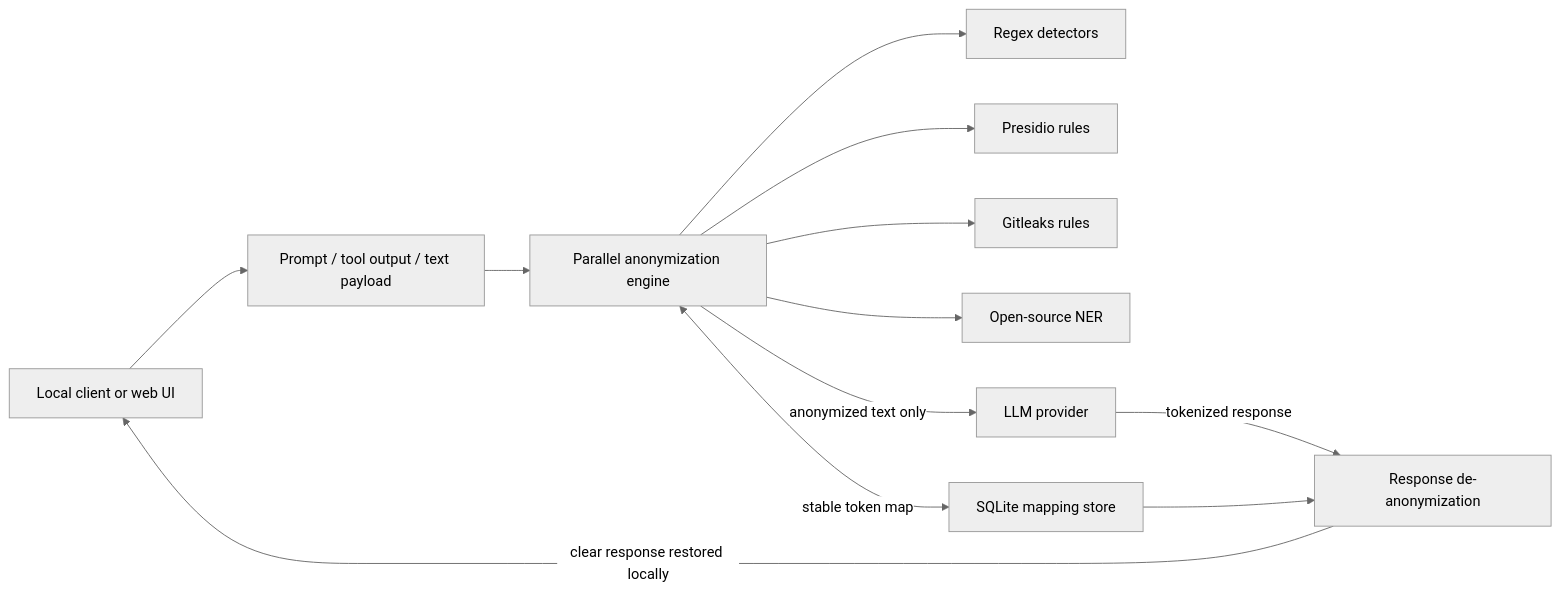
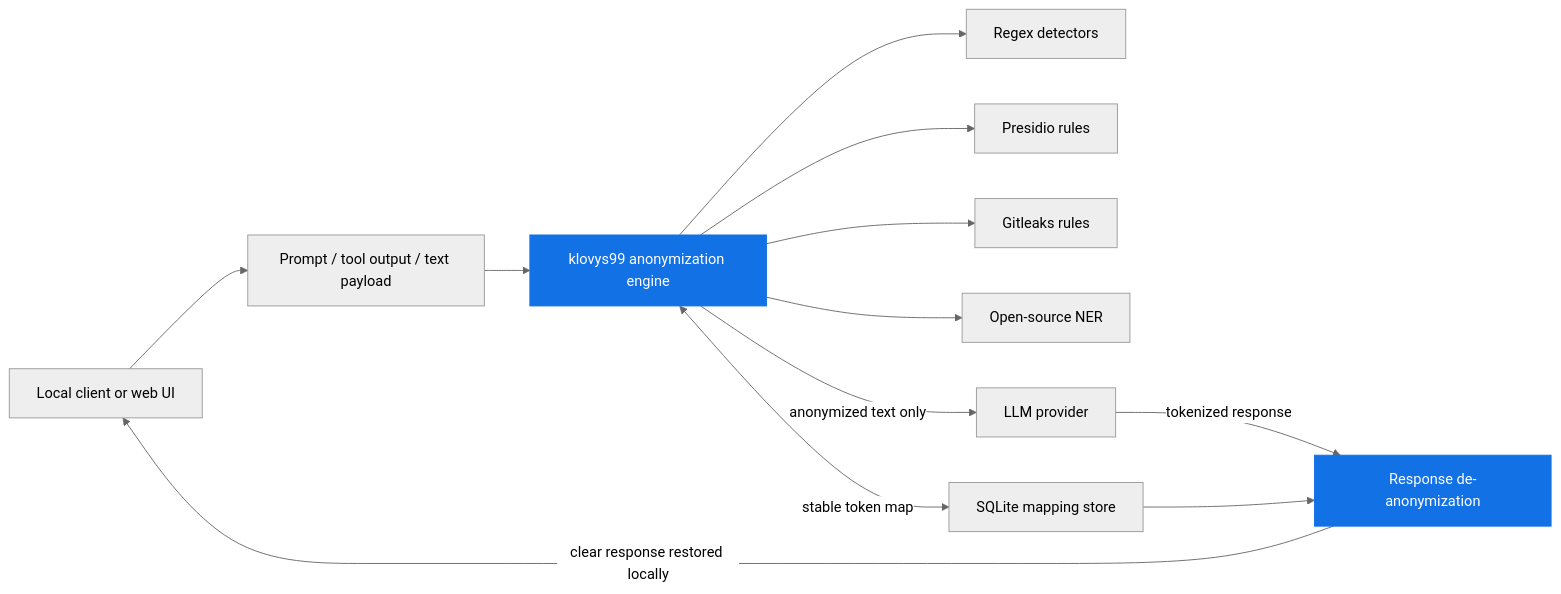
The second of 3 diagrams in README.md (Korbicorp/klovys99), drawn with Mermaid (neutral theme) before and after one commit. The commit also changed other lines of this file, not shown here.

Commit message:
refactor: enhance README for clarity and detail on klovys99 functionality

````diff
--- a/README.md
+++ b/README.md
@@ -44,25 +37,28 @@
 ```mermaid
 flowchart LR
     client["Local client or web UI"]
     input["Prompt / tool output / text payload"]
-    engine["Parallel anonymization engine"]
+    engine["klovys99 anonymization engine"]
     regex["Regex detectors"]
     presidio["Presidio rules"]
     gitleaks["Gitleaks rules"]
     ner["Open-source NER"]
     sqlite["SQLite mapping store"]
     upstream["LLM provider"]
     restore["Response de-anonymization"]
 
     client --> input
     input --> engine
     engine --> regex
     engine --> presidio
     engine --> gitleaks
     engine --> ner
     engine <-->|"stable token map"| sqlite
     engine -->|"anonymized text only"| upstream
     upstream -->|"tokenized response"| restore
     sqlite --> restore
     restore -->|"clear response restored locally"| client
+
+    classDef klovys fill:#1371E6,stroke:#1371E6,color:#ffffff;
+    class engine,restore klovys;
 ```
````
